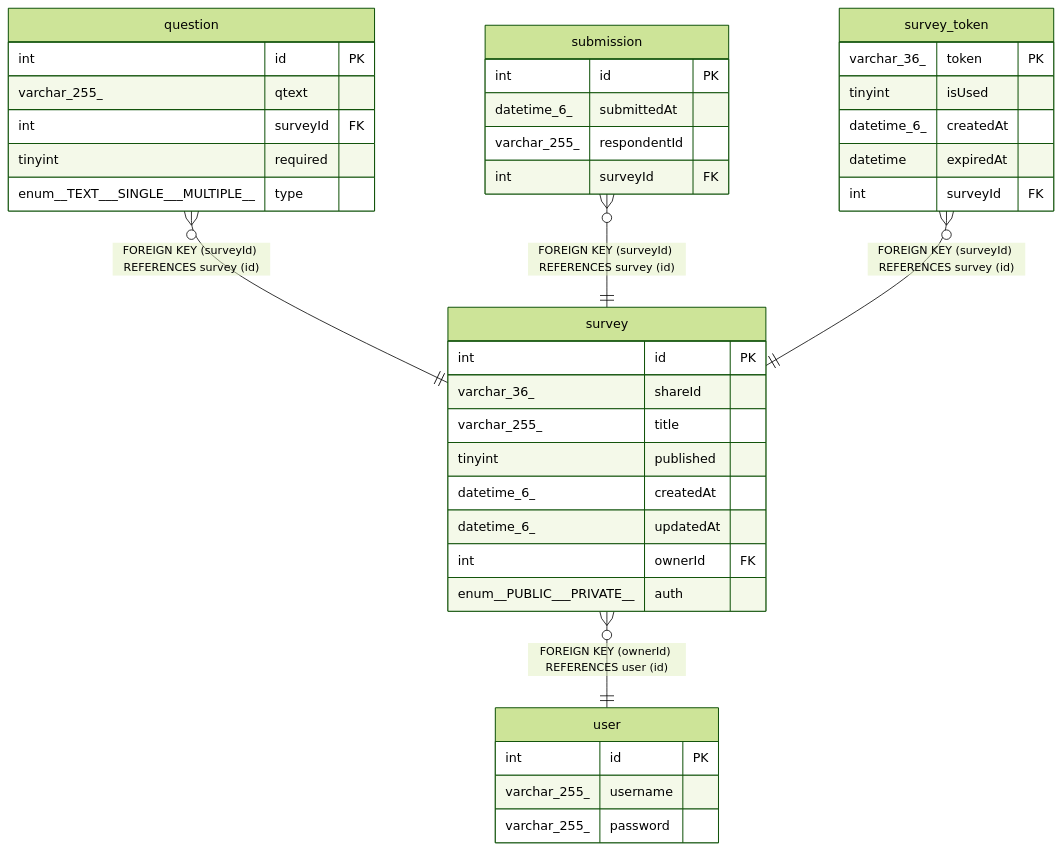
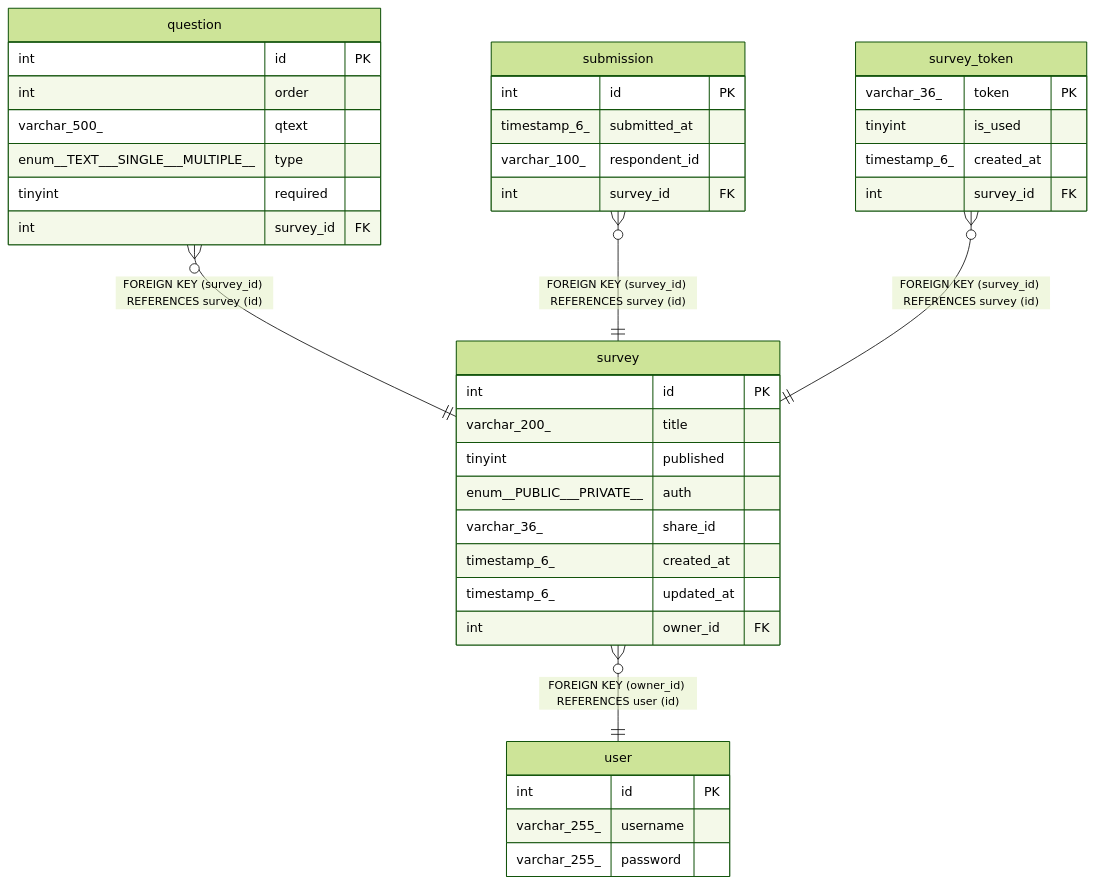
The diagram in docs/database/survey.md (BepHblVI/First-nest), drawn with Mermaid (forest theme) before and after one commit. The commit also changed other lines of this file and 47 other files, not shown here.

````diff
--- a/docs/database/survey.md
+++ b/docs/database/survey.md
@@ -58,44 +58,44 @@
 ```mermaid
 erDiagram
 
-"question" }o--|| "survey" : "FOREIGN KEY (surveyId) REFERENCES survey (id)"
-"submission" }o--|| "survey" : "FOREIGN KEY (surveyId) REFERENCES survey (id)"
-"survey_token" }o--|| "survey" : "FOREIGN KEY (surveyId) REFERENCES survey (id)"
-"survey" }o--|| "user" : "FOREIGN KEY (ownerId) REFERENCES user (id)"
+"question" }o--|| "survey" : "FOREIGN KEY (survey_id) REFERENCES survey (id)"
+"submission" }o--|| "survey" : "FOREIGN KEY (survey_id) REFERENCES survey (id)"
+"survey_token" }o--|| "survey" : "FOREIGN KEY (survey_id) REFERENCES survey (id)"
+"survey" }o--|| "user" : "FOREIGN KEY (owner_id) REFERENCES user (id)"
 
 "survey" {
   int id PK
-  varchar_36_ shareId
-  varchar_255_ title
+  varchar_200_ title
   tinyint published
-  datetime_6_ createdAt
-  datetime_6_ updatedAt
-  int ownerId FK
   enum__PUBLIC___PRIVATE__ auth
+  varchar_36_ share_id
+  timestamp_6_ created_at
+  timestamp_6_ updated_at
+  int owner_id FK
 }
 "question" {
   int id PK
-  varchar_255_ qtext
-  int surveyId FK
+  int order
+  varchar_500_ qtext
+  enum__TEXT___SINGLE___MULTIPLE__ type
   tinyint required
-  enum__TEXT___SINGLE___MULTIPLE__ type
+  int survey_id FK
 }
 "submission" {
   int id PK
-  datetime_6_ submittedAt
-  varchar_255_ respondentId
-  int surveyId FK
+  timestamp_6_ submitted_at
+  varchar_100_ respondent_id
+  int survey_id FK
 }
 "survey_token" {
   varchar_36_ token PK
-  tinyint isUsed
-  datetime_6_ createdAt
-  datetime expiredAt
-  int surveyId FK
+  tinyint is_used
+  timestamp_6_ created_at
+  int survey_id FK
 }
 "user" {
   int id PK
   varchar_255_ username
   varchar_255_ password
 }
 ```
````
